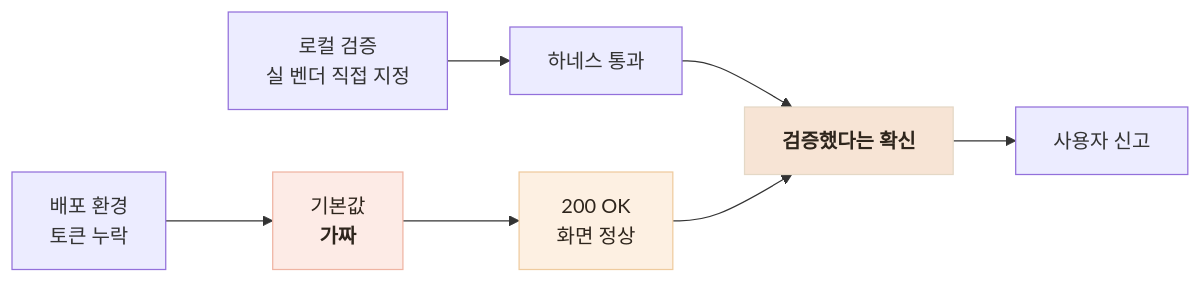
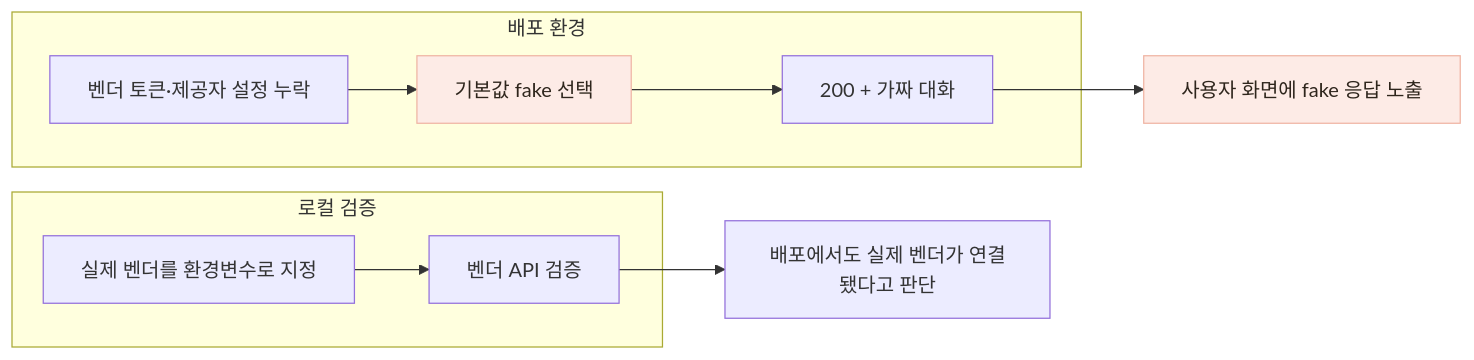
The first of 2 diagrams in public/mds/kkinitalk/ts-1-fake.md (Jinacker/PortFolio), drawn with Mermaid before and after one commit. The commit also changed other lines of this file and 12 other files, not shown here.

````diff
--- a/public/mds/kkinitalk/ts-1-fake.md
+++ b/public/mds/kkinitalk/ts-1-fake.md
@@ -30,13 +32,17 @@
 ```mermaid
 flowchart LR
-    L["로컬 검증<br/>실 벤더 직접 지정"] --> LP["하네스 통과"]
-    D["배포 환경<br/>토큰 누락"] --> DF["기본값<br/><b>가짜</b>"]
-    DF --> DR["200 OK<br/>화면 정상"]
-    LP --> C["<b>검증했다는 확신</b>"]
-    DR --> C
-    C --> U["사용자 신고"]
+    subgraph LOCAL["로컬 검증"]
+        L1["실제 벤더를 환경변수로 지정"] --> L2["벤더 API 검증"]
+    end
 
-    style DF fill:#FDEBE6,stroke:#EFB4A3,color:#2E251C
-    style DR fill:#FDF0E2,stroke:#EFCB9E,color:#2E251C
-    style C fill:#F7E4D5,stroke:#E4D8C6,color:#2E251C
+    subgraph PROD["배포 환경"]
+        P1["벤더 토큰·제공자 설정 누락"] --> P2["기본값 fake 선택"]
+        P2 --> P3["200 + 가짜 대화"]
+    end
+
+    L2 --> ASSUME["배포에서도 실제 벤더가 연결됐다고 판단"]
+    P3 --> USER["사용자 화면에 fake 응답 노출"]
+
+    style P2 fill:#FDEBE6,stroke:#EFB4A3,color:#2E251C
+    style USER fill:#FDEBE6,stroke:#EFB4A3,color:#2E251C
 ```
````
